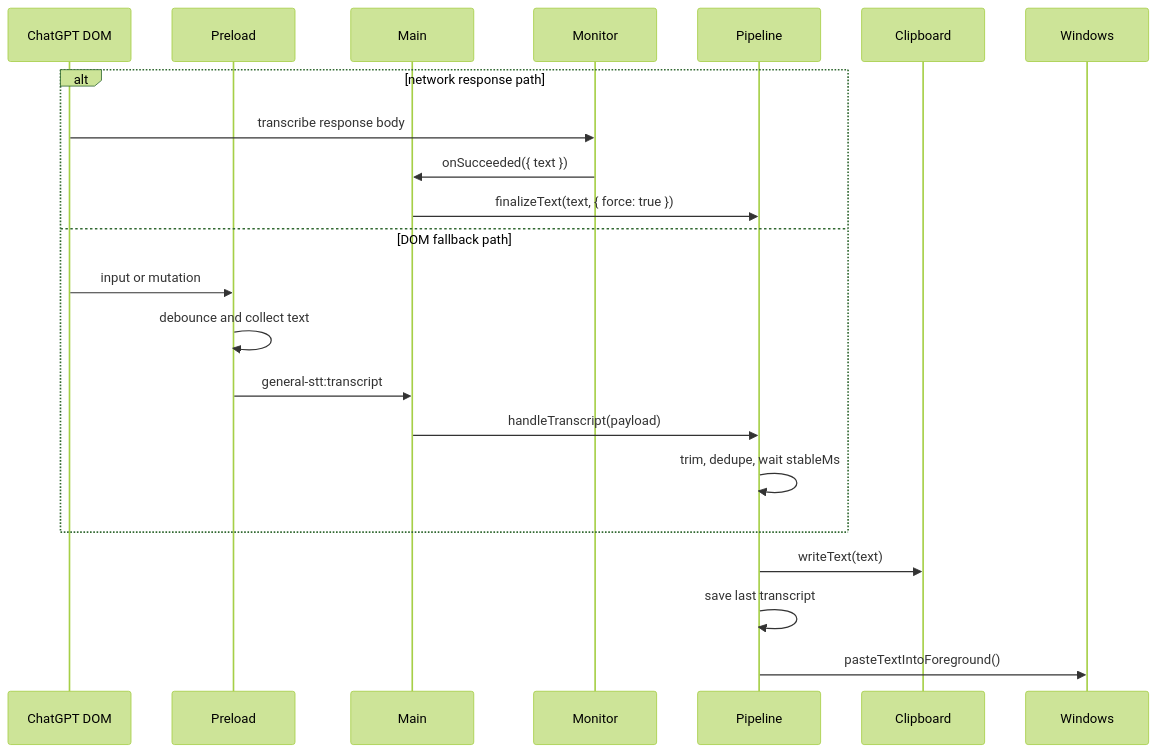
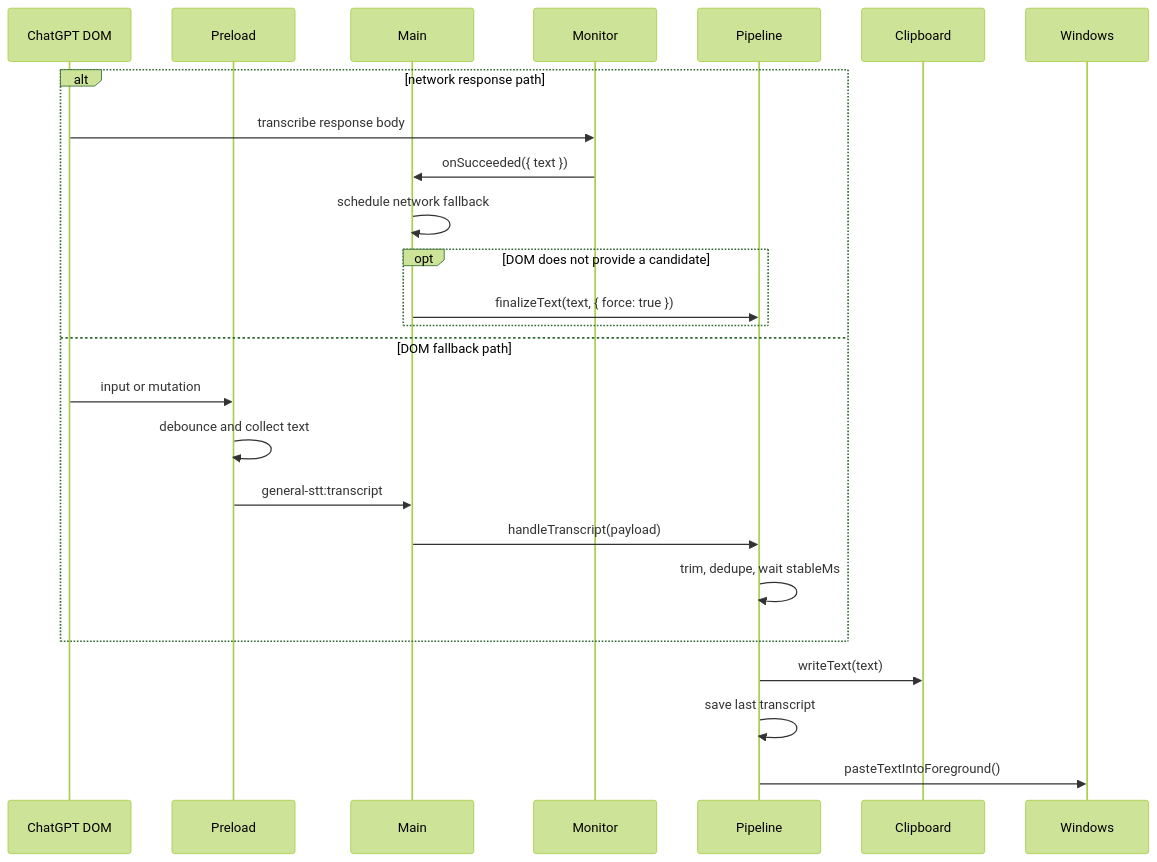
Before and after one commit to AKAazure/Dandelion: the second of 2 diagrams in .doc/modules/transcript-pipeline.md, drawn with Mermaid (forest theme). The commit also changed other lines of this file and 9 other files, not shown here.

First line of the commit message:
Add remote-debug artifacts and DOM-first fallback

````diff
--- a/.doc/modules/transcript-pipeline.md
+++ b/.doc/modules/transcript-pipeline.md
@@ -83,25 +83,28 @@
 ```mermaid
 sequenceDiagram
   participant Page as ChatGPT DOM
   participant Preload
   participant Main
   participant Monitor
   participant Pipeline
   participant Clipboard
   participant Windows
 
   alt network response path
     Page->>Monitor: transcribe response body
     Monitor->>Main: onSucceeded({ text })
-    Main->>Pipeline: finalizeText(text, { force: true })
+    Main->>Main: schedule network fallback
+    opt DOM does not provide a candidate
+      Main->>Pipeline: finalizeText(text, { force: true })
+    end
   else DOM fallback path
     Page->>Preload: input or mutation
     Preload->>Preload: debounce and collect text
     Preload->>Main: general-stt:transcript
     Main->>Pipeline: handleTranscript(payload)
     Pipeline->>Pipeline: trim, dedupe, wait stableMs
   end
   Pipeline->>Clipboard: writeText(text)
   Pipeline->>Pipeline: save last transcript
   Pipeline->>Windows: pasteTextIntoForeground()
 ```
````
